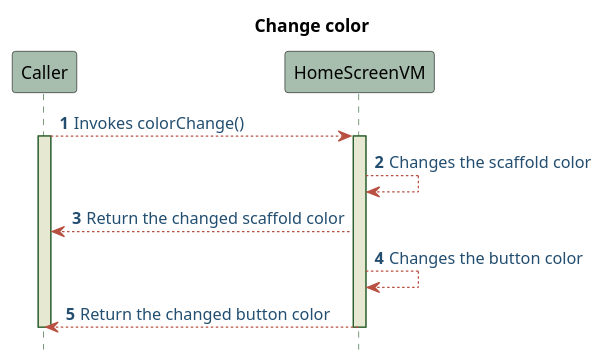
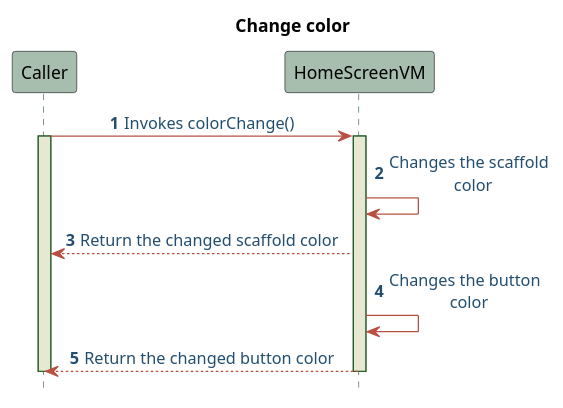
The diagram in lib/Pages/HomeScreen/Design/HomeScreenVM-Sequence-Pseudo.puml (ThirumuruganArumugam/Project-ScaffoldColor), drawn with PlantUML before and after one commit. The commit also changed 2 other files, not shown here.

```diff
--- a/lib/Pages/HomeScreen/Design/HomeScreenVM-Sequence-Pseudo.puml
+++ b/lib/Pages/HomeScreen/Design/HomeScreenVM-Sequence-Pseudo.puml
@@ -1,26 +1,29 @@
-@startuml HomeScreenVMVM Sequence
+@startuml HomeScreenVM Sequence
 
 skinparam sequence{
     ParticipantBackgroundColor #A7BEAE
     LifeLineBackgroundColor #E7E8D1
     LifeLineBorderColor #2C5F2D
     ActorBackgroundColor #FC766AFF
     ActorBorderColor #FC766AFF
     ArrowColor #B85042
     ArrowFontColor #234E70
+
 }
+skinparam SequenceMessageAlignment center
+
 
 title Change color
 autonumber
 hide footbox
-Caller --> HomeScreenVM: Invokes colorChange()
-activate Caller 
+Caller -> HomeScreenVM: Invokes colorChange()
+activate Caller
 activate HomeScreenVM
-HomeScreenVM --> HomeScreenVM: Changes the scaffold color
+HomeScreenVM -> HomeScreenVM: Changes the scaffold \n color
 HomeScreenVM --> Caller: Return the changed scaffold color
-HomeScreenVM --> HomeScreenVM: Changes the button color
+HomeScreenVM -> HomeScreenVM: Changes the button \n color
 HomeScreenVM --> Caller: Return the changed button color
 deactivate HomeScreenVM
-deactivate Caller 
+deactivate Caller
 
-@enduml 
+@enduml
```
